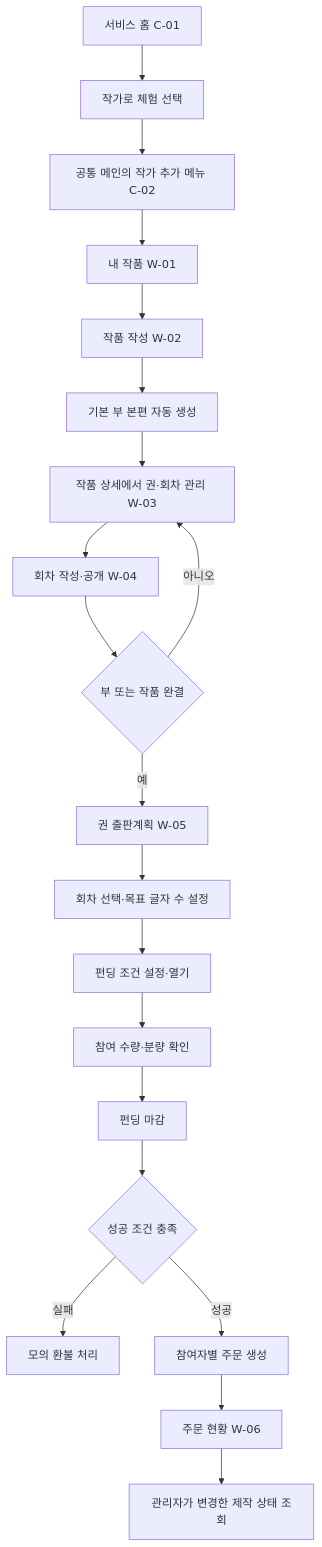
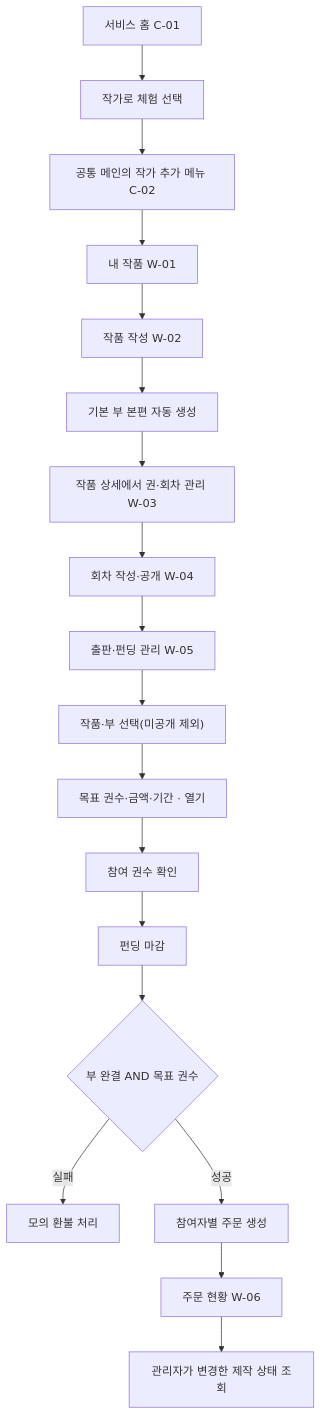
The second of 3 diagrams in docs/05_화면_정의서.md (021Skyfall/novelkeep), drawn with Mermaid before and after one commit. The commit also changed other lines of this file and 38 other files, not shown here.

````diff
--- a/docs/05_화면_정의서.md
+++ b/docs/05_화면_정의서.md
@@ -401,22 +398,20 @@
 ```mermaid
 flowchart TD
     A["서비스 홈 C-01"] --> A1["작가로 체험 선택"]
     A1 --> A2["공통 메인의 작가 추가 메뉴 C-02"]
     A2 --> B["내 작품 W-01"]
     B --> C["작품 작성 W-02"]
     C --> E["기본 부 본편 자동 생성"]
     E --> G["작품 상세에서 권·회차 관리 W-03"]
     G --> H["회차 작성·공개 W-04"]
-    H --> I{"부 또는 작품 완결"}
-    I -->|아니오| G
-    I -->|예| J["권 출판계획 W-05"]
-    J --> K["회차 선택·목표 글자 수 설정"]
-    K --> L["펀딩 조건 설정·열기"]
-    L --> M["참여 수량·분량 확인"]
-    M --> N["펀딩 마감"]
-    N --> O{"성공 조건 충족"}
-    O -->|실패| P["모의 환불 처리"]
-    O -->|성공| Q["참여자별 주문 생성"]
-    Q --> R["주문 현황 W-06"]
-    R --> S["관리자가 변경한 제작 상태 조회"]
+    H --> I["출판·펀딩 관리 W-05"]
+    I --> J["작품·부 선택(미공개 제외)"]
+    J --> K["목표 권수·금액·기간 · 열기"]
+    K --> L["참여 권수 확인"]
+    L --> M["펀딩 마감"]
+    M --> N{"부 완결 AND 목표 권수"}
+    N -->|실패| O["모의 환불 처리"]
+    N -->|성공| P["참여자별 주문 생성"]
+    P --> Q["주문 현황 W-06"]
+    Q --> R["관리자가 변경한 제작 상태 조회"]
 ```
````
